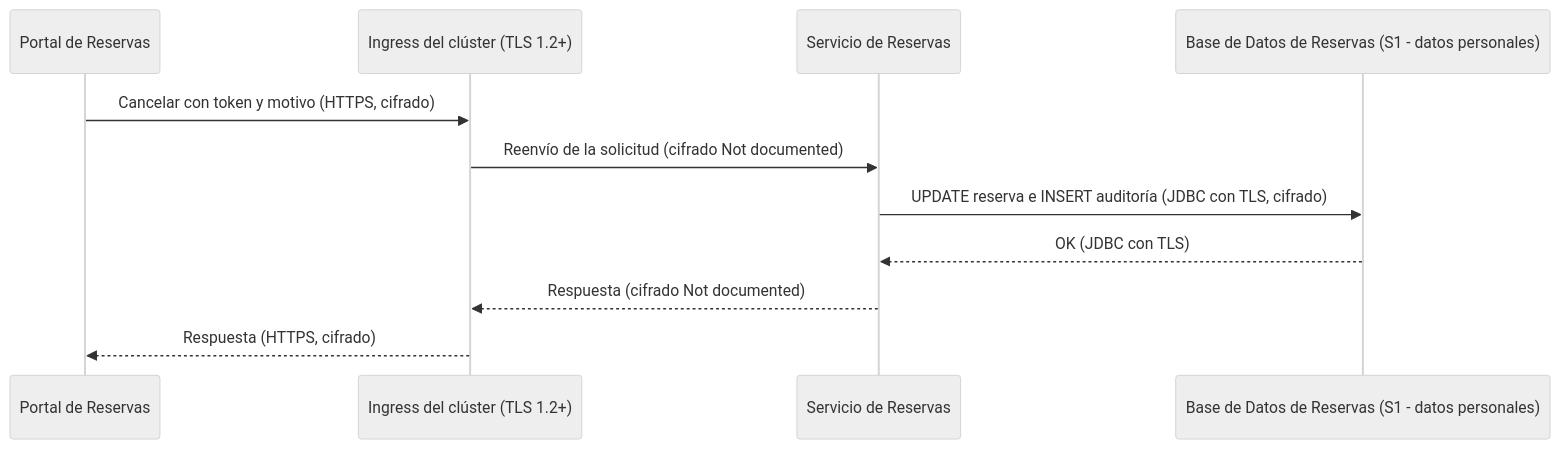
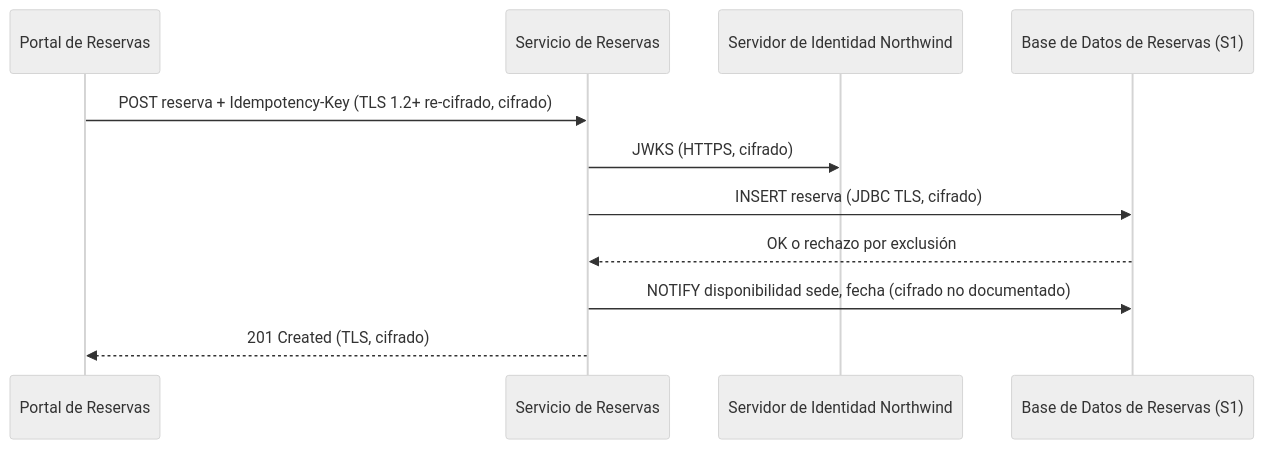
Before and after one commit to shadowX4fox/northwind-reservas: the second of 3 diagrams in analysis/DATA-SENSITIVITY-2026-11-03.md, drawn with Mermaid (neutral theme). The commit also changed other lines of this file and 7 other files, not shown here.

````diff
--- a/analysis/DATA-SENSITIVITY-2026-11-03.md
+++ b/analysis/DATA-SENSITIVITY-2026-11-03.md
@@ -72,13 +78,13 @@
 ```mermaid
 sequenceDiagram
-  participant Portal as Portal de Reservas
-  participant Ingress as Ingress del clúster (TLS 1.2+)
-  participant Servicio as Servicio de Reservas
-  participant DB as Base de Datos de Reservas (S1 - datos personales)
-  Portal->>Ingress: Cancelar con token y motivo (HTTPS, cifrado)
-  Ingress->>Servicio: Reenvío de la solicitud (cifrado Not documented)
-  Servicio->>DB: UPDATE reserva e INSERT auditoría (JDBC con TLS, cifrado)
-  DB-->>Servicio: OK (JDBC con TLS)
-  Servicio-->>Ingress: Respuesta (cifrado Not documented)
-  Ingress-->>Portal: Respuesta (HTTPS, cifrado)
+  participant P as Portal de Reservas
+  participant S as Servicio de Reservas
+  participant IdP as Servidor de Identidad Northwind
+  participant DB as Base de Datos de Reservas (S1)
+  P->>S: POST reserva + Idempotency-Key (TLS 1.2+ re-cifrado, cifrado)
+  S->>IdP: JWKS (HTTPS, cifrado)
+  S->>DB: INSERT reserva (JDBC TLS, cifrado)
+  DB-->>S: OK o rechazo por exclusión
+  S->>DB: NOTIFY disponibilidad sede, fecha (cifrado no documentado)
+  S-->>P: 201 Created (TLS, cifrado)
 ```
````
